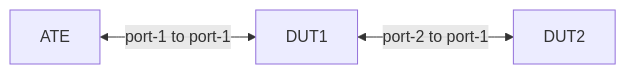
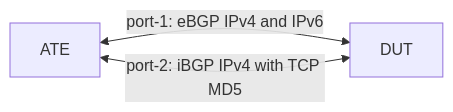
Before and after one commit to openconfig/featureprofiles: the diagram in feature/bgp/otg_tests/bgp_tcp_mss_path_mtu/README.md, drawn with Mermaid. The commit also changed other lines of this file, not shown here.

First line of the commit message:
RT-1.21: Use a single DUT (TESTBED_DUT_ATE_2LINKS)

````diff
--- a/feature/bgp/otg_tests/bgp_tcp_mss_path_mtu/README.md
+++ b/feature/bgp/otg_tests/bgp_tcp_mss_path_mtu/README.md
@@ -23,5 +23,5 @@
 ```mermaid
 graph LR
-    ATE["ATE"] <-->|"port-1 to port-1"| DUT1["DUT1"]
-    DUT1 <-->|"port-2 to port-1"| DUT2["DUT2"]
+    ATE["ATE"] <-->|"port-1: eBGP IPv4 and IPv6"| DUT["DUT"]
+    ATE <-->|"port-2: iBGP IPv4 with TCP MD5"| DUT
 ```
````
